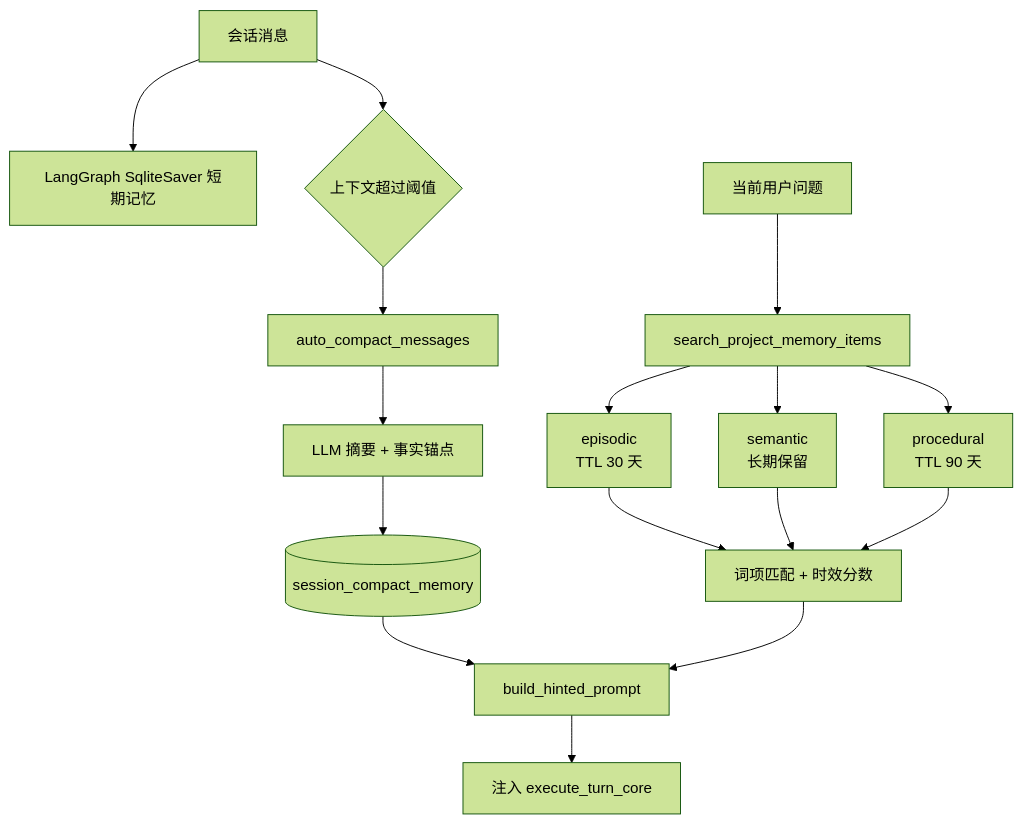
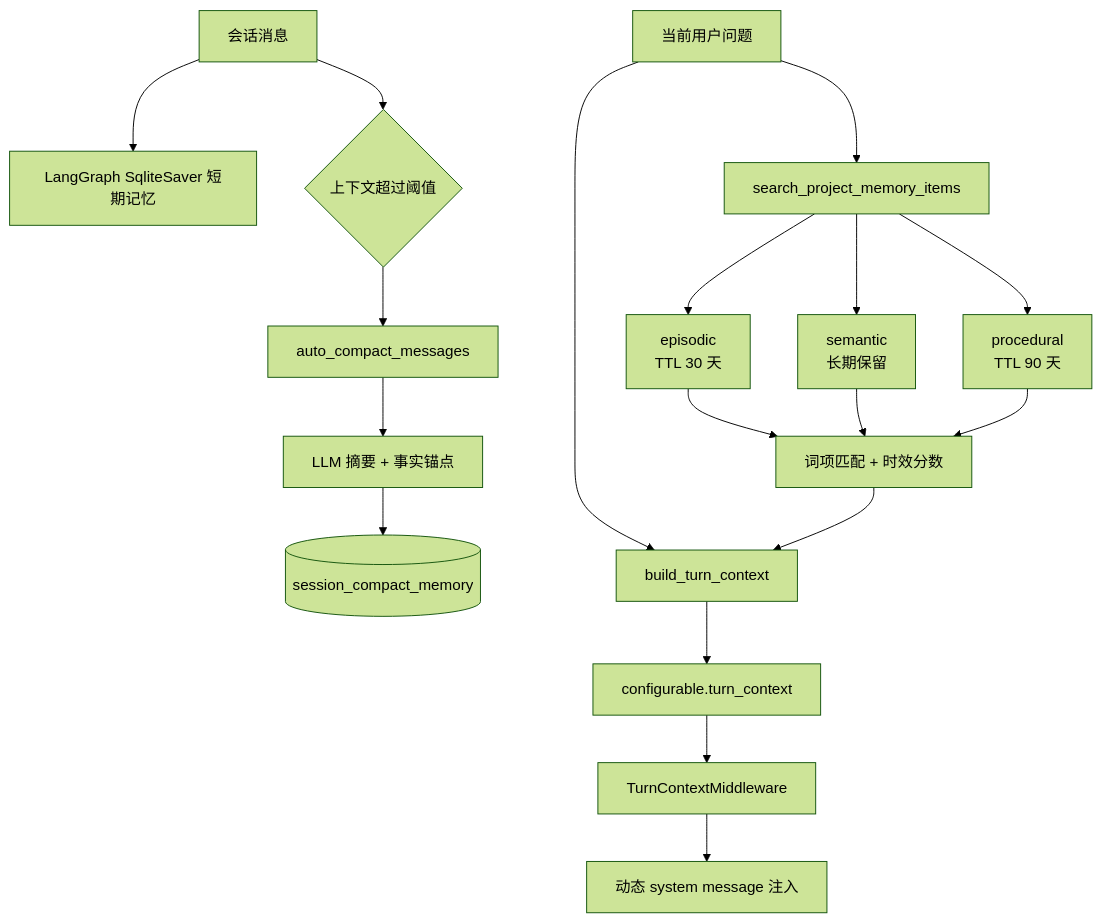
Before and after one commit to 0verL1nk/PaperSage: the third of 3 diagrams in README.md, drawn with Mermaid (forest theme). The commit also changed other lines of this file and 33 other files, not shown here.

````diff
--- a/README.md
+++ b/README.md
@@ -147,18 +147,20 @@
 ```mermaid
 flowchart TB
     A[会话消息] --> B[LangGraph SqliteSaver 短期记忆]
     A --> C{上下文超过阈值}
     C --> D[auto_compact_messages]
     D --> E[LLM 摘要 + 事实锚点]
     E --> F[(session_compact_memory)]
     G[当前用户问题] --> H[search_project_memory_items]
     H --> I[episodic<br/>TTL 30 天]
     H --> J[semantic<br/>长期保留]
     H --> K[procedural<br/>TTL 90 天]
     I --> L[词项匹配 + 时效分数]
     J --> L
     K --> L
-    F --> M[build_hinted_prompt]
+    G --> M[build_turn_context]
     L --> M
-    M --> N[注入 execute_turn_core]
+    M --> N[configurable.turn_context]
+    N --> O[TurnContextMiddleware]
+    O --> P[动态 system message 注入]
 ```
````
